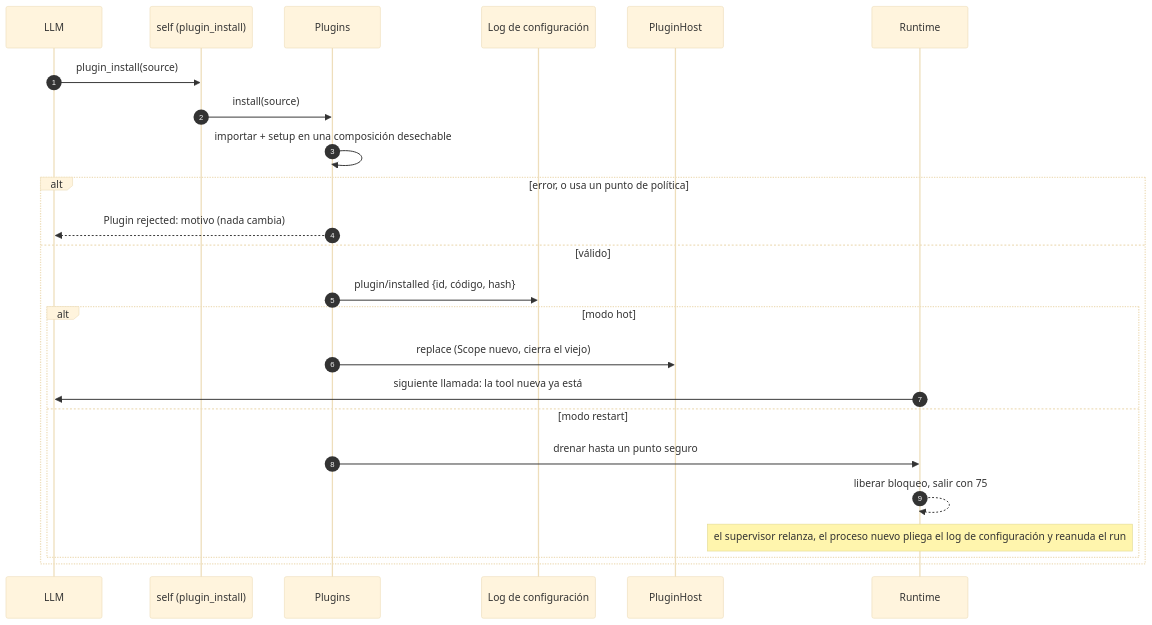
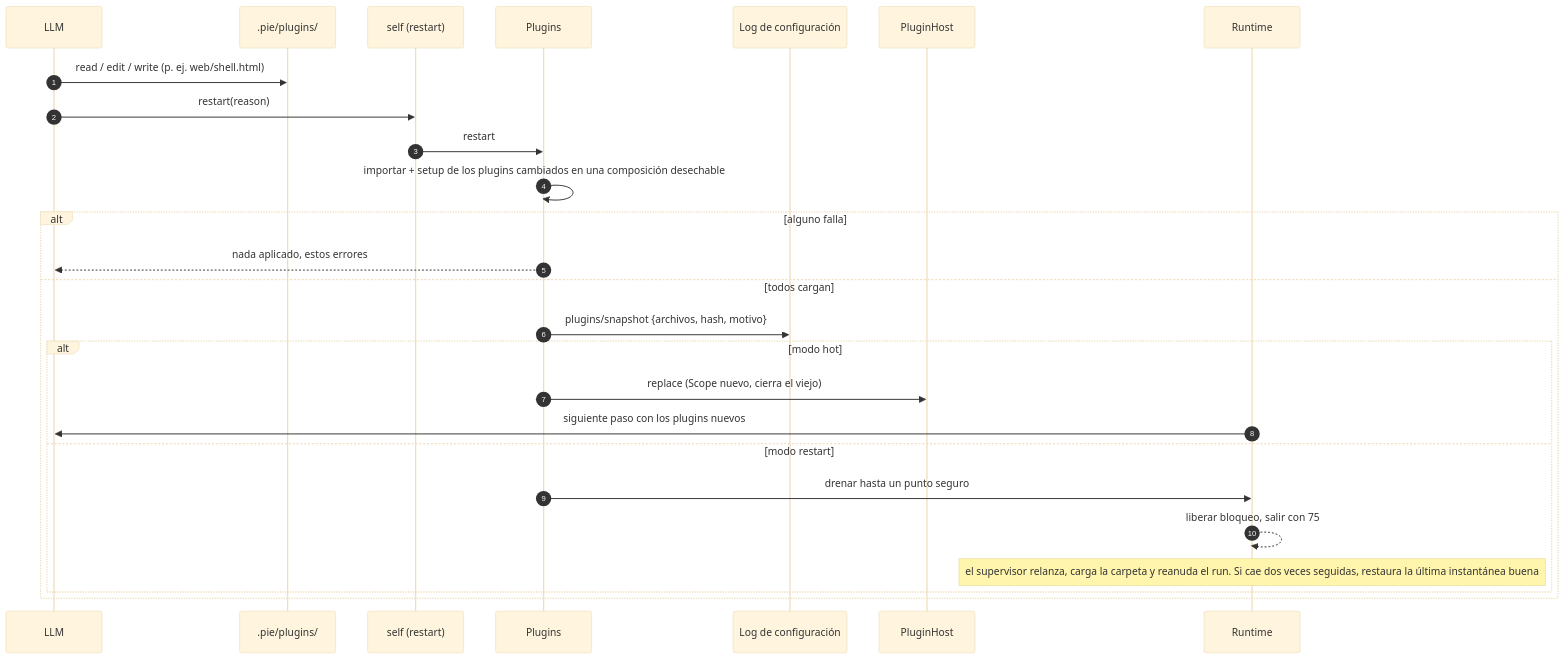
Before and after one commit to JavierDeDiegoGuzman/pie: the diagram in docs/diagramas/automodificacion.mmd, drawn with Mermaid (base theme). The commit also changed 3 other files, not shown here.

Commit message:
docs: diagrams for plugin folders, restart and snapshots

```diff
--- a/docs/diagramas/automodificacion.mmd
+++ b/docs/diagramas/automodificacion.mmd
@@ -1,24 +1,26 @@
 sequenceDiagram
   autonumber
   participant M as LLM
-  participant S as self (plugin_install)
+  participant F as .pie/plugins/
+  participant S as self (restart)
   participant P as Plugins
   participant C as Log de configuración
   participant H as PluginHost
   participant R as Runtime
-  M->>S: plugin_install(source)
-  S->>P: install(source)
-  P->>P: importar + setup en una composición desechable
-  alt error, o usa un punto de política
-    P-->>M: Plugin rejected: motivo (nada cambia)
-  else válido
-    P->>C: plugin/installed {id, código, hash}
+  M->>F: read / edit / write (p. ej. web/shell.html)
+  M->>S: restart(reason)
+  S->>P: restart
+  P->>P: importar + setup de los plugins cambiados en una composición desechable
+  alt alguno falla
+    P-->>M: nada aplicado, estos errores
+  else todos cargan
+    P->>C: plugins/snapshot {archivos, hash, motivo}
     alt modo hot
       P->>H: replace (Scope nuevo, cierra el viejo)
-      R->>M: siguiente llamada: la tool nueva ya está
+      R->>M: siguiente paso con los plugins nuevos
     else modo restart
       P->>R: drenar hasta un punto seguro
       R-->>R: liberar bloqueo, salir con 75
-      Note over R: el supervisor relanza, el proceso nuevo pliega el log de configuración y reanuda el run
+      Note over R: el supervisor relanza, carga la carpeta y reanuda el run. Si cae dos veces seguidas, restaura la última instantánea buena
     end
   end
```
